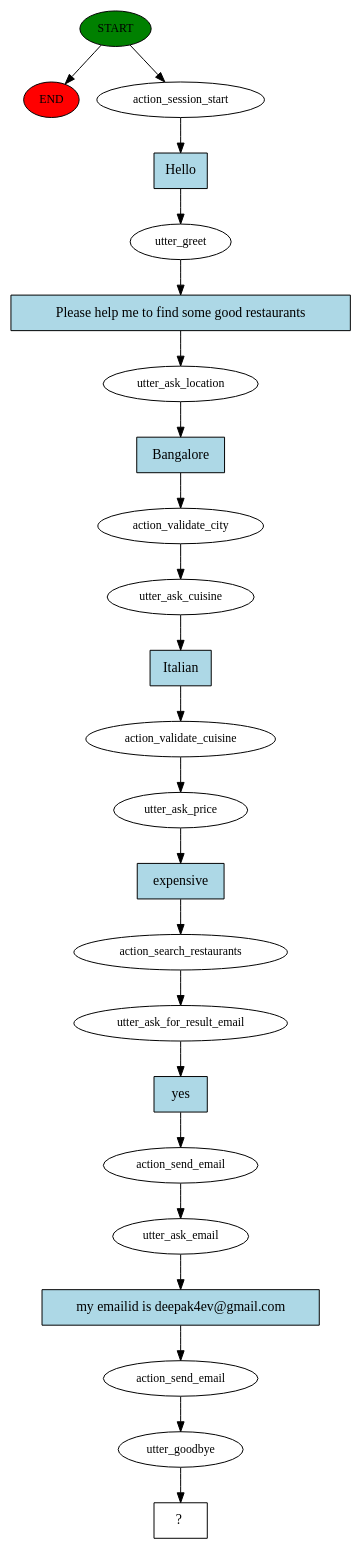
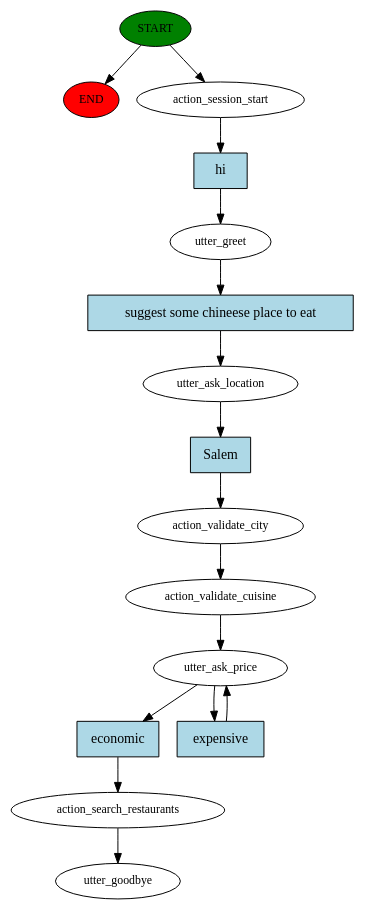
Before and after one commit to ashwanikumar04/rasa-chatbot: the diagram in story_graph.dot, drawn with Graphviz. The commit also changed 6 other files, not shown here.

```diff
--- a/story_graph.dot
+++ b/story_graph.dot
@@ -1,47 +1,32 @@
 digraph  {
 0 [class="start active", fillcolor=green, fontsize=12, label=START, style=filled];
 "-1" [class=end, fillcolor=red, fontsize=12, label=END, style=filled];
 1 [class=active, fontsize=12, label=action_session_start];
 2 [class=active, fontsize=12, label=utter_greet];
 3 [class=active, fontsize=12, label=utter_ask_location];
 4 [class=active, fontsize=12, label=action_validate_city];
-5 [class=active, fontsize=12, label=utter_ask_cuisine];
-6 [class=active, fontsize=12, label=action_validate_cuisine];
-7 [class=active, fontsize=12, label=utter_ask_price];
+5 [class=active, fontsize=12, label=action_validate_cuisine];
+6 [class=active, fontsize=12, label=utter_ask_price];
 8 [class=active, fontsize=12, label=action_search_restaurants];
-9 [class=active, fontsize=12, label=utter_ask_for_result_email];
-10 [class=active, fontsize=12, label=action_send_email];
-11 [class=active, fontsize=12, label=utter_ask_email];
-12 [class=active, fontsize=12, label=action_send_email];
-13 [class=active, fontsize=12, label=utter_goodbye];
-14 [class="intent dashed active", label="  ?  ", shape=rect];
-15 [class="intent active", fillcolor=lightblue, label=Hello, shape=rect, style=filled];
-16 [class="intent active", fillcolor=lightblue, label="Please help me to find some good restaurants", shape=rect, style=filled];
-17 [class="intent active", fillcolor=lightblue, label=Bangalore, shape=rect, style=filled];
-18 [class="intent active", fillcolor=lightblue, label=Italian, shape=rect, style=filled];
-19 [class="intent active", fillcolor=lightblue, label=expensive, shape=rect, style=filled];
-20 [class="intent active", fillcolor=lightblue, label=yes, shape=rect, style=filled];
-21 [class="intent active", fillcolor=lightblue, label="my emailid is deepak4ev@gmail.com", shape=rect, style=filled];
+9 [class="dashed active", fontsize=12, label=utter_goodbye];
+10 [class="intent active", fillcolor=lightblue, label=hi, shape=rect, style=filled];
+11 [class="intent active", fillcolor=lightblue, label="suggest some chineese place to eat", shape=rect, style=filled];
+12 [class="intent active", fillcolor=lightblue, label=Salem, shape=rect, style=filled];
+13 [class="intent active", fillcolor=lightblue, label=economic, shape=rect, style=filled];
+14 [class="intent active", fillcolor=lightblue, label=expensive, shape=rect, style=filled];
 0 -> "-1"  [class="", key=NONE, label=""];
 0 -> 1  [class=active, key=NONE, label=""];
-1 -> 15  [class=active, key=0];
-2 -> 16  [class=active, key=0];
-3 -> 17  [class=active, key=0];
+1 -> 10  [class=active, key=0];
+2 -> 11  [class=active, key=0];
+3 -> 12  [class=active, key=0];
 4 -> 5  [class=active, key=NONE, label=""];
-5 -> 18  [class=active, key=0];
-6 -> 7  [class=active, key=NONE, label=""];
-7 -> 19  [class=active, key=0];
+5 -> 6  [class=active, key=NONE, label=""];
+6 -> 13  [class=active, key=0];
+6 -> 14  [class=active, key=0];
 8 -> 9  [class=active, key=NONE, label=""];
-9 -> 20  [class=active, key=0];
-10 -> 11  [class=active, key=NONE, label=""];
-11 -> 21  [class=active, key=0];
-12 -> 13  [class=active, key=NONE, label=""];
-13 -> 14  [class=active, key=NONE, label=""];
-15 -> 2  [class=active, key=0];
-16 -> 3  [class=active, key=0];
-17 -> 4  [class=active, key=0];
-18 -> 6  [class=active, key=0];
-19 -> 8  [class=active, key=0];
-20 -> 10  [class=active, key=0];
-21 -> 12  [class=active, key=0];
+10 -> 2  [class=active, key=0];
+11 -> 3  [class=active, key=0];
+12 -> 4  [class=active, key=0];
+13 -> 8  [class=active, key=0];
+14 -> 6  [class=active, key=0];
 }
```
